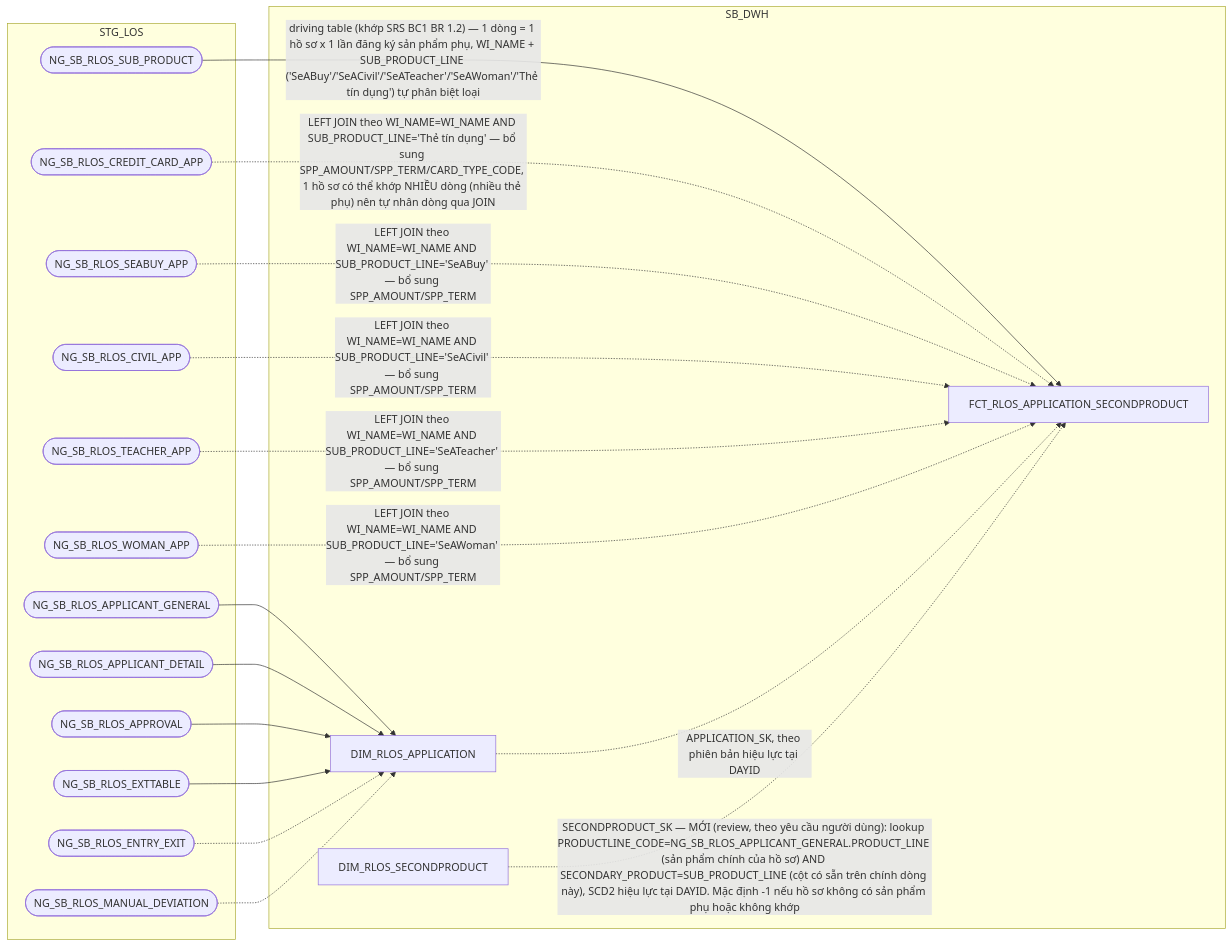
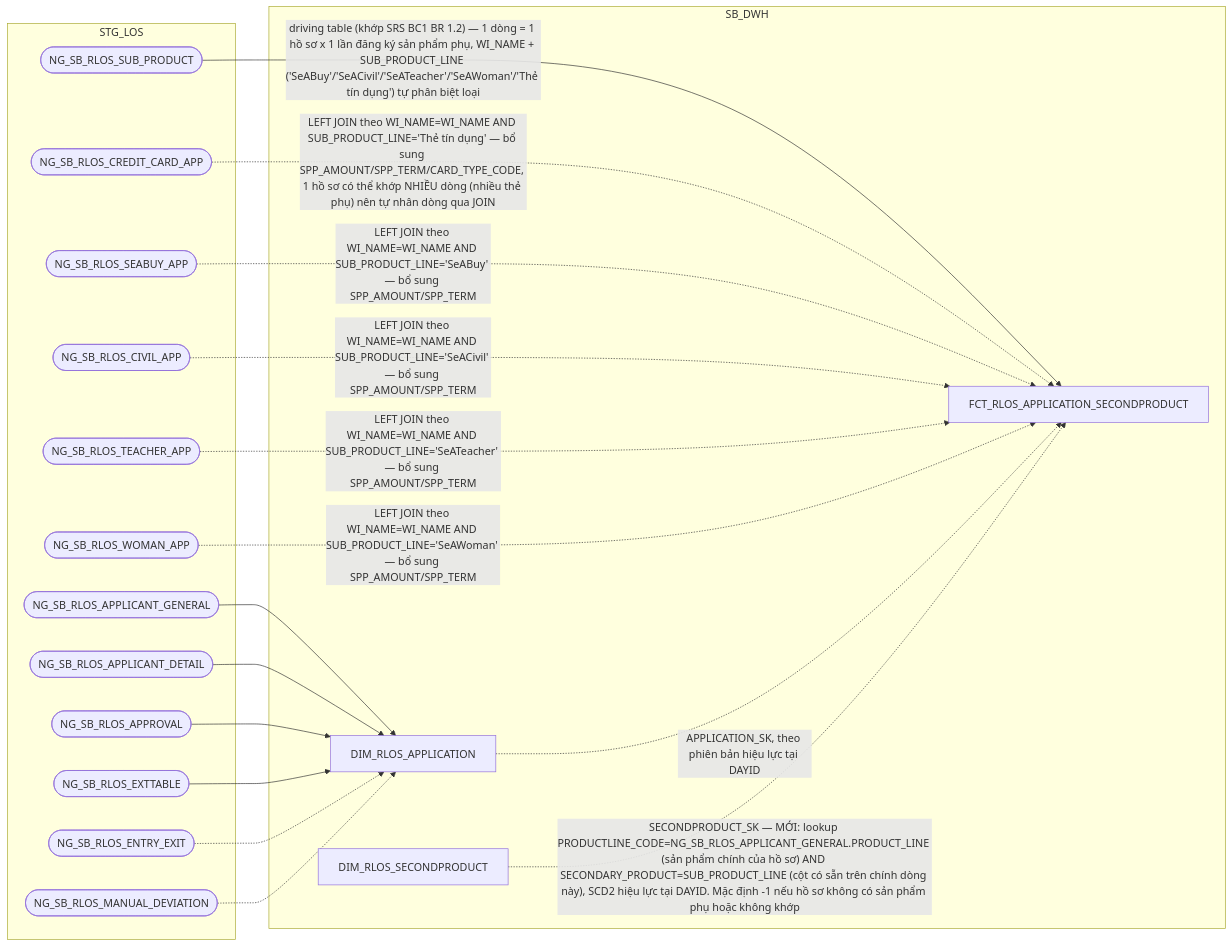
The ninth of 14 diagrams in hld/hld_review/HLD_FCT_SB_DWH_review.md (chien1198/sb-mapping-gen), drawn with Mermaid before and after one commit. The commit also changed other lines of this file and 9 other files, not shown here.

````diff
--- a/hld/hld_review/HLD_FCT_SB_DWH_review.md
+++ b/hld/hld_review/HLD_FCT_SB_DWH_review.md
@@ -671,36 +671,36 @@
 ```mermaid
 flowchart LR
     subgraph STG_LOS
         A1(["NG_SB_RLOS_SUB_PRODUCT"])
         A2(["NG_SB_RLOS_CREDIT_CARD_APP"])
         A3(["NG_SB_RLOS_SEABUY_APP"])
         A4(["NG_SB_RLOS_CIVIL_APP"])
         A5(["NG_SB_RLOS_TEACHER_APP"])
         A6(["NG_SB_RLOS_WOMAN_APP"])
         P1(["NG_SB_RLOS_APPLICANT_GENERAL"])
         P2(["NG_SB_RLOS_APPLICANT_DETAIL"])
         P3(["NG_SB_RLOS_APPROVAL"])
         P4(["NG_SB_RLOS_EXTTABLE"])
         P6(["NG_SB_RLOS_ENTRY_EXIT"])
         P7(["NG_SB_RLOS_MANUAL_DEVIATION"])
     end
     subgraph SB_DWH
         D["DIM_RLOS_APPLICATION"]
         SP["DIM_RLOS_SECONDPRODUCT"]
         C["FCT_RLOS_APPLICATION_SECONDPRODUCT"]
     end
     A1 -->|"driving table (khớp SRS BC1 BR 1.2) — 1 dòng = 1 hồ sơ x 1 lần đăng ký sản phẩm phụ, WI_NAME + SUB_PRODUCT_LINE ('SeABuy'/'SeACivil'/'SeATeacher'/'SeAWoman'/'Thẻ tín dụng') tự phân biệt loại"| C
     A2 -.->|"LEFT JOIN theo WI_NAME=WI_NAME AND SUB_PRODUCT_LINE='Thẻ tín dụng' — bổ sung SPP_AMOUNT/SPP_TERM/CARD_TYPE_CODE, 1 hồ sơ có thể khớp NHIỀU dòng (nhiều thẻ phụ) nên tự nhân dòng qua JOIN"| C
     A3 -.->|"LEFT JOIN theo WI_NAME=WI_NAME AND SUB_PRODUCT_LINE='SeABuy' — bổ sung SPP_AMOUNT/SPP_TERM"| C
     A4 -.->|"LEFT JOIN theo WI_NAME=WI_NAME AND SUB_PRODUCT_LINE='SeACivil' — bổ sung SPP_AMOUNT/SPP_TERM"| C
     A5 -.->|"LEFT JOIN theo WI_NAME=WI_NAME AND SUB_PRODUCT_LINE='SeATeacher' — bổ sung SPP_AMOUNT/SPP_TERM"| C
     A6 -.->|"LEFT JOIN theo WI_NAME=WI_NAME AND SUB_PRODUCT_LINE='SeAWoman' — bổ sung SPP_AMOUNT/SPP_TERM"| C
     D -.->|APPLICATION_SK, theo phiên bản hiệu lực tại DAYID| C
-    SP -.->|"SECONDPRODUCT_SK — MỚI (review, theo yêu cầu người dùng): lookup PRODUCTLINE_CODE=NG_SB_RLOS_APPLICANT_GENERAL.PRODUCT_LINE (sản phẩm chính của hồ sơ) AND SECONDARY_PRODUCT=SUB_PRODUCT_LINE (cột có sẵn trên chính dòng này), SCD2 hiệu lực tại DAYID. Mặc định -1 nếu hồ sơ không có sản phẩm phụ hoặc không khớp"| C
+    SP -.->|"SECONDPRODUCT_SK — MỚI: lookup PRODUCTLINE_CODE=NG_SB_RLOS_APPLICANT_GENERAL.PRODUCT_LINE (sản phẩm chính của hồ sơ) AND SECONDARY_PRODUCT=SUB_PRODUCT_LINE (cột có sẵn trên chính dòng này), SCD2 hiệu lực tại DAYID. Mặc định -1 nếu hồ sơ không có sản phẩm phụ hoặc không khớp"| C
     P1 --> D
     P2 --> D
     P3 --> D
     P4 --> D
     P6 -.-> D
     P7 -.-> D
 ```
````
